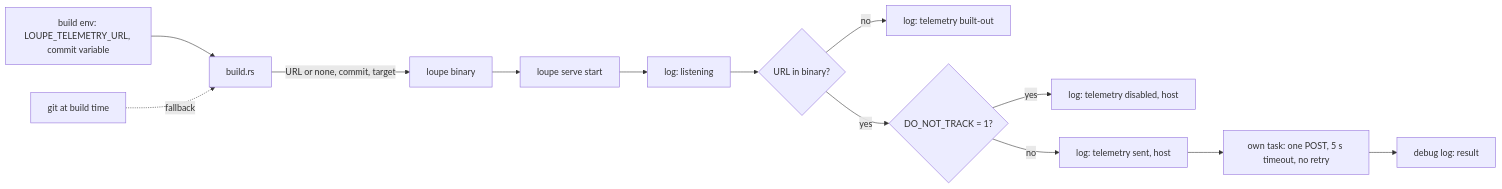
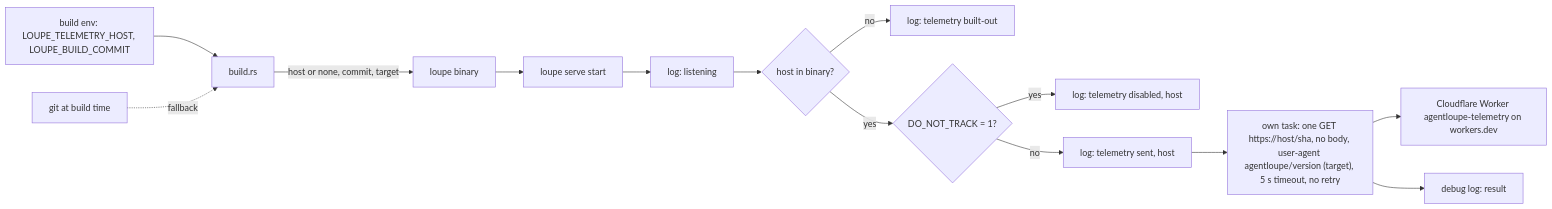
The second of 5 diagrams in docs/cr/CR-0026-start-telemetry.md (desek/agentloupe), drawn with Mermaid before and after one commit. The commit also changed other lines of this file and 1 other file, not shown here.

Commit message:
docs(cr): add CR-0025 supply chain assurance with the release profile, proposed; CR-0026 amended to a GET with a Cloudflare Worker endpoint

````diff
--- a/docs/cr/CR-0026-start-telemetry.md
+++ b/docs/cr/CR-0026-start-telemetry.md
@@ -75,15 +88,16 @@
 ```mermaid
 flowchart LR
-  E["build env: LOUPE_TELEMETRY_URL, commit variable"] --> B["build.rs"]
+  E["build env: LOUPE_TELEMETRY_HOST, LOUPE_BUILD_COMMIT"] --> B["build.rs"]
   G["git at build time"] -.->|fallback| B
-  B -->|URL or none, commit, target| BIN["loupe binary"]
+  B -->|host or none, commit, target| BIN["loupe binary"]
   BIN --> S["loupe serve start"]
   S --> LS["log: listening"]
-  LS --> D{"URL in binary?"}
+  LS --> D{"host in binary?"}
   D -->|no| BO["log: telemetry built-out"]
   D -->|yes| N{"DO_NOT_TRACK = 1?"}
   N -->|yes| DI["log: telemetry disabled, host"]
   N -->|no| SE["log: telemetry sent, host"]
-  SE --> T["own task: one POST, 5 s timeout, no retry"]
+  SE --> T["own task: one GET https://host/sha, no body, user-agent agentloupe/version (target), 5 s timeout, no retry"]
+  T --> W["Cloudflare Worker agentloupe-telemetry on workers.dev"]
   T --> DBG["debug log: result"]
 ```
````
